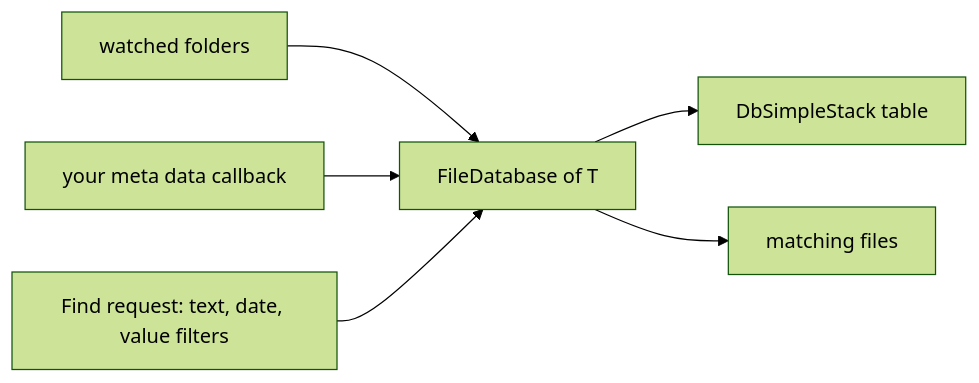
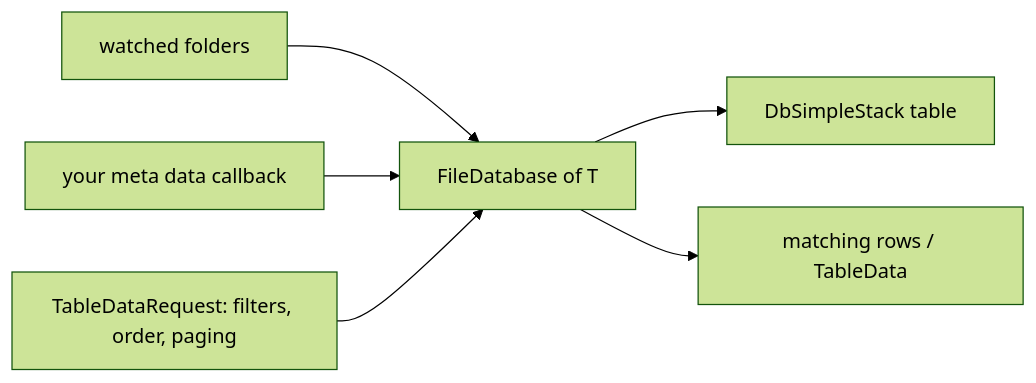
The diagram in SysWeaver.FileDatabase/README.md (dosh1974/SysWeaver), drawn with Mermaid (forest theme) before and after one commit. The commit also changed other lines of this file and 1568 other files, not shown here.

````diff
--- a/SysWeaver.FileDatabase/README.md
+++ b/SysWeaver.FileDatabase/README.md
@@ -18,8 +18,8 @@
 ```mermaid
 flowchart LR
   Folders["watched folders"] --> FDB["FileDatabase of T"]
   Extract["your meta data callback"] --> FDB
   FDB --> Db["DbSimpleStack table"]
-  Query["Find request: text, date, value filters"] --> FDB
-  FDB --> Result["matching files"]
+  Query["TableDataRequest: filters, order, paging"] --> FDB
+  FDB --> Result["matching rows / TableData"]
 ```
````
